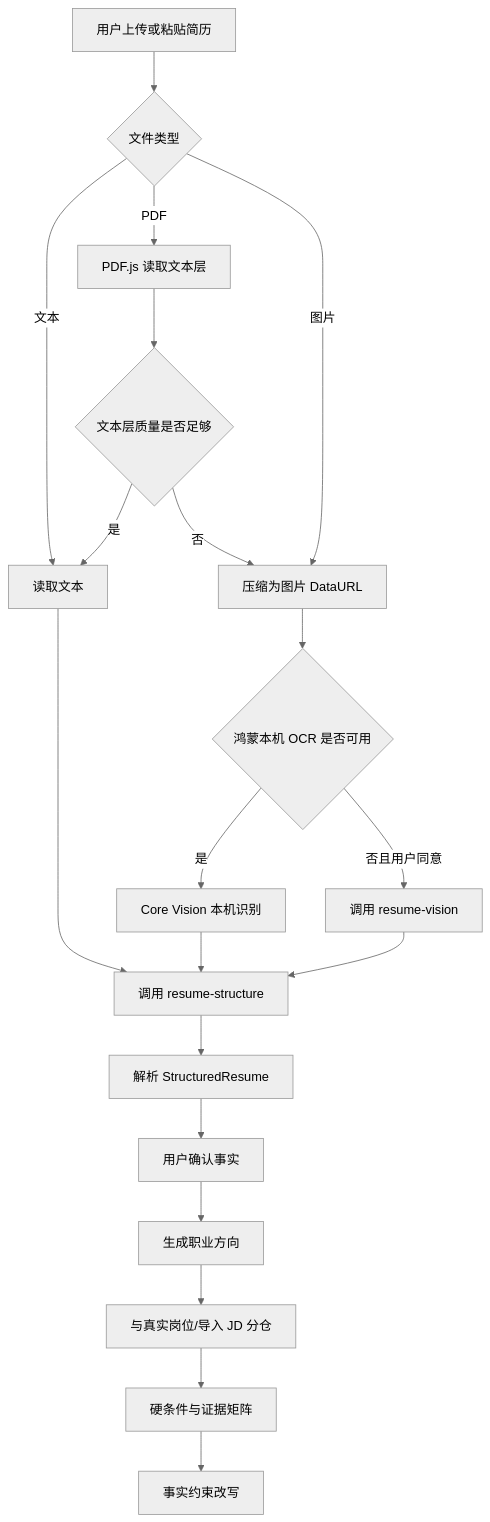
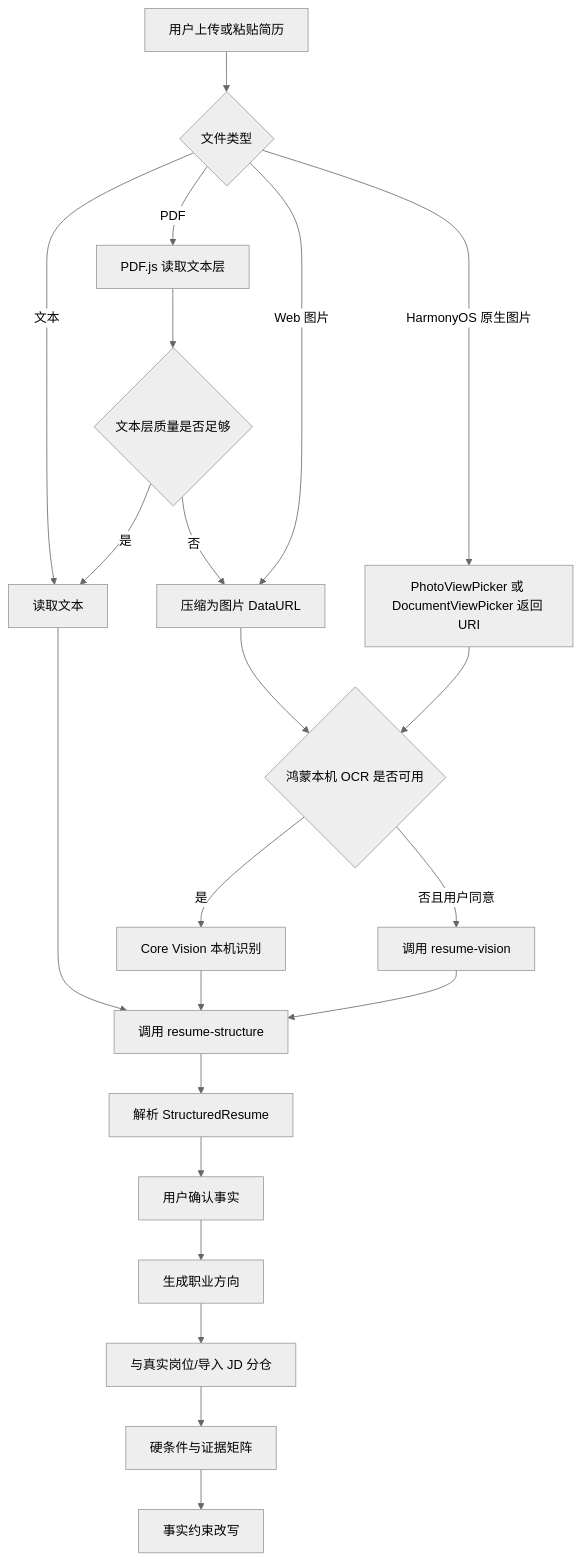
Before and after one commit to lljjcc426/Kongming-Student-Job-Matching-Agent: the first of 3 diagrams in docs/PROJECT_ARCHITECTURE_AND_UNDERSTANDING.md, drawn with Mermaid (neutral theme). The commit also changed other lines of this file and 271 other files, not shown here.

````diff
--- a/docs/PROJECT_ARCHITECTURE_AND_UNDERSTANDING.md
+++ b/docs/PROJECT_ARCHITECTURE_AND_UNDERSTANDING.md
@@ -112,22 +112,24 @@
 ```mermaid
 flowchart TD
     A[用户上传或粘贴简历] --> B{文件类型}
     B -->|文本| C[读取文本]
     B -->|PDF| D[PDF.js 读取文本层]
-    B -->|图片| E[压缩为图片 DataURL]
+    B -->|Web 图片| E[压缩为图片 DataURL]
+    B -->|HarmonyOS 原生图片| E0[PhotoViewPicker 或 DocumentViewPicker 返回 URI]
     D --> F{文本层质量是否足够}
     F -->|是| C
     F -->|否| E
     E --> G{鸿蒙本机 OCR 是否可用}
+    E0 --> G
     G -->|是| H1[Core Vision 本机识别]
     G -->|否且用户同意| H2[调用 resume-vision]
     C --> H[调用 resume-structure]
     H1 --> H
     H2 --> H
     H --> I[解析 StructuredResume]
     I --> J[用户确认事实]
     J --> K[生成职业方向]
     K --> L[与真实岗位/导入 JD 分仓]
     L --> M[硬条件与证据矩阵]
     M --> N[事实约束改写]
 ```
````
